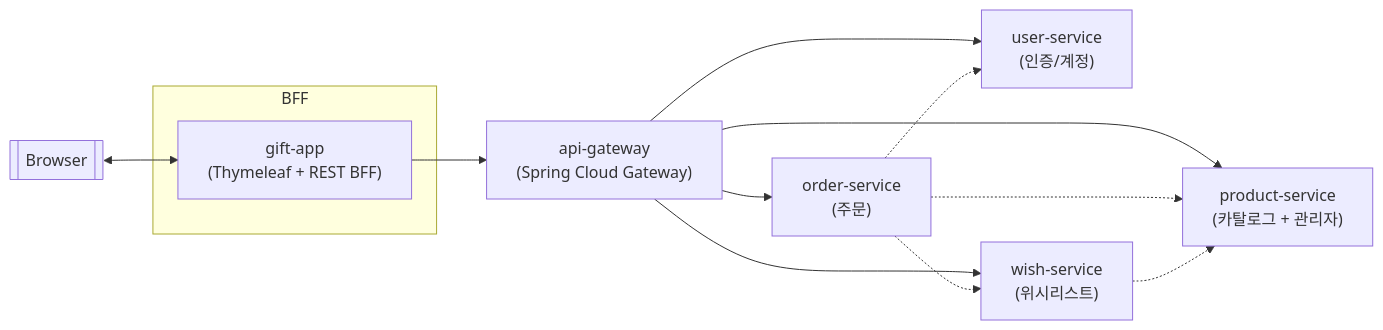
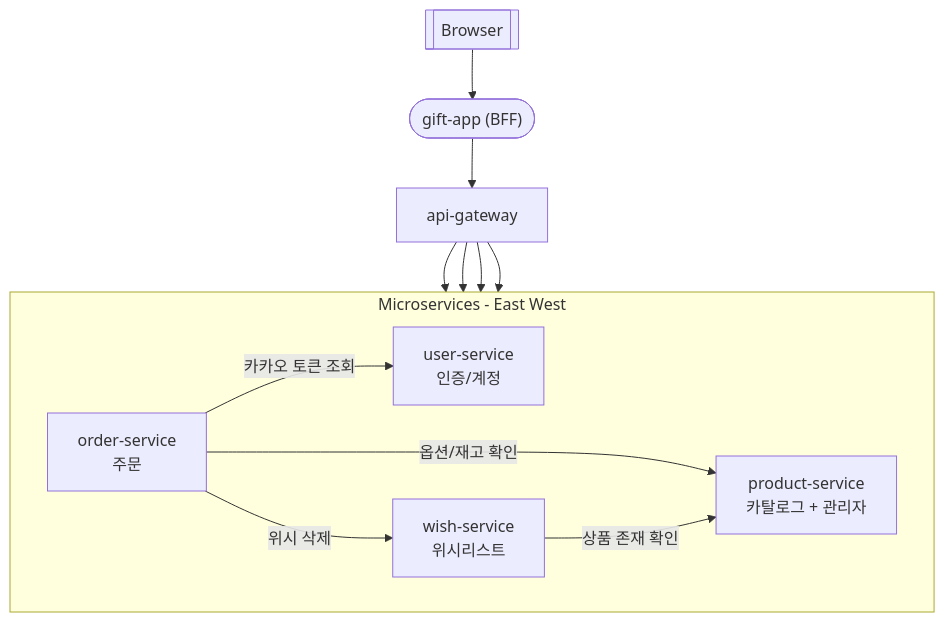
One commit to PNU-Triton-capstone-2025/msa-kakao-gift changed the diagram in README.md. Above: the diagram before and after it, drawn with Mermaid. The commit also changed other lines of this file, not shown here.

Commit message:
Revise service architecture and internal traffic details
Updated the service architecture overview and clarified internal service interactions.

````diff
--- a/README.md
+++ b/README.md
@@ -4,31 +4,33 @@
 ```mermaid
-flowchart LR
+flowchart TB
+    %% North-South Traffic (수직 흐름)
     Browser[[Browser]]
-    subgraph BFF
-        GiftApp["gift-app
-                (Thymeleaf + REST BFF)"]
+    GiftApp(["gift-app (BFF)"])
+    APIGW["api-gateway"]
+
+    Browser --> GiftApp --> APIGW
+
+    %% East-West Traffic (수평 흐름)
+    subgraph Services[Microservices - East West]
+        direction LR
+        UserSvc["user-service
+인증/계정"]
+        ProductSvc["product-service
+카탈로그 + 관리자"]
+        WishSvc["wish-service
+위시리스트"]
+        OrderSvc["order-service
+주문"]
     end
-    APIGW["api-gateway
-          (Spring Cloud Gateway)"]
-    UserSvc["user-service
-            (인증/계정)"]
-    ProductSvc["product-service
-                (카탈로그 + 관리자)"]
-    WishSvc["wish-service
-              (위시리스트)"]
-    OrderSvc["order-service
-              (주문)"]
 
-    Browser <--> GiftApp
-    GiftApp --> APIGW
     APIGW --> UserSvc
     APIGW --> ProductSvc
     APIGW --> WishSvc
     APIGW --> OrderSvc
 
-    %% 내부 서비스 간 호출 (재고/회원/위시 검증)
-    OrderSvc -.-> ProductSvc
-    OrderSvc -.-> WishSvc
-    OrderSvc -.-> UserSvc
-    WishSvc -.-> ProductSvc
+    %% 내부 서비스 간 East-West 협력
+    OrderSvc -- "옵션/재고 확인" --> ProductSvc
+    OrderSvc -- "위시 삭제" --> WishSvc
+    OrderSvc -- "카카오 토큰 조회" --> UserSvc
+    WishSvc -- "상품 존재 확인" --> ProductSvc
 ```
````
